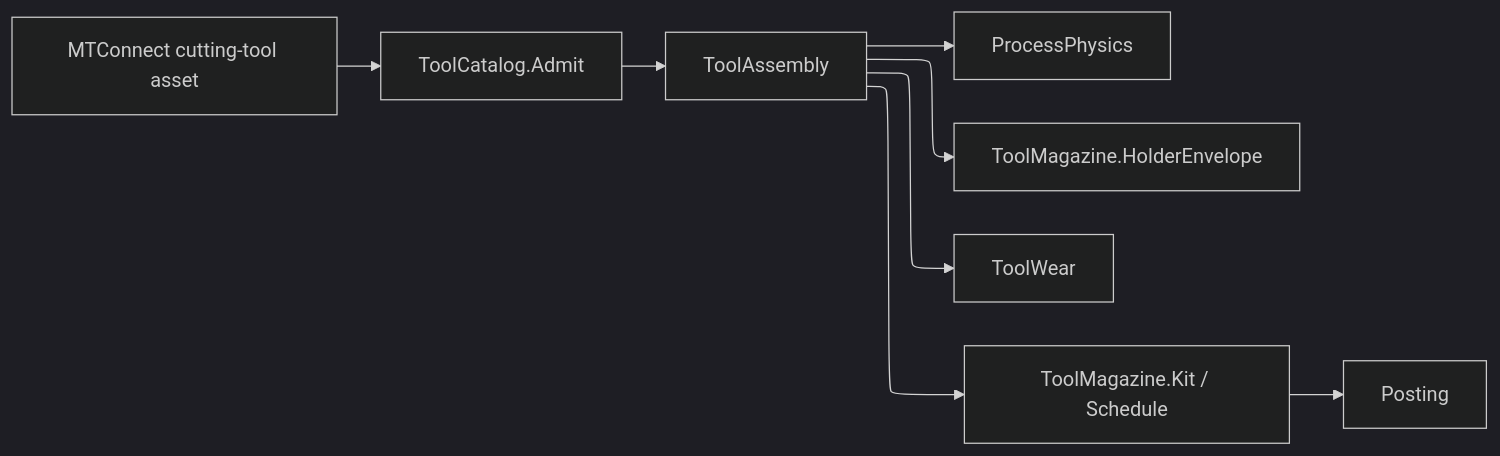
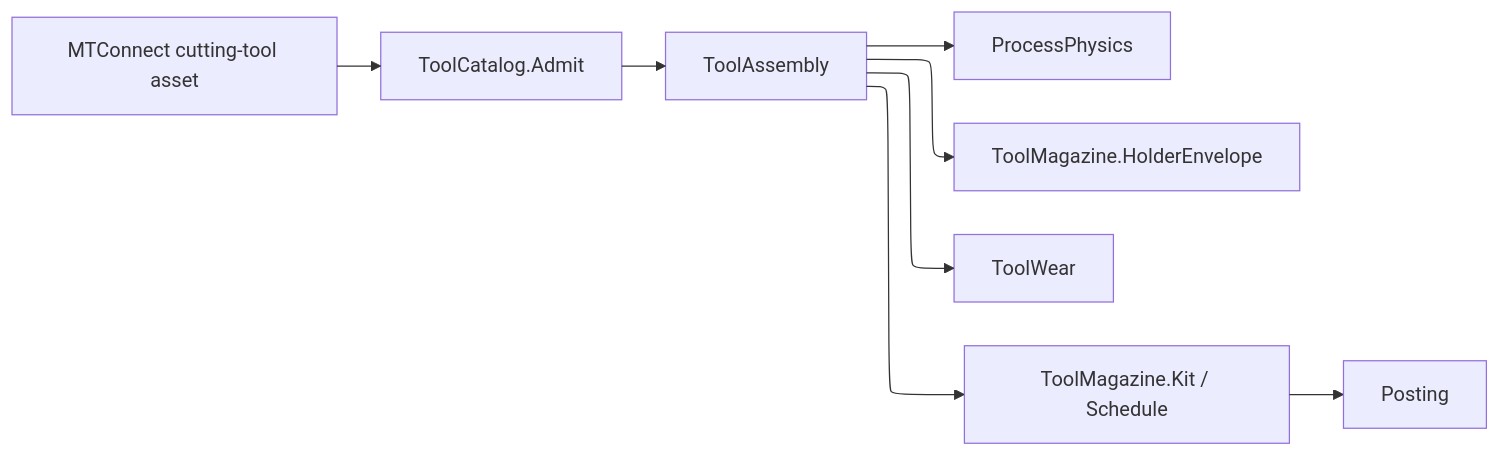
Before and after one commit to bsamiee/Rasm: the diagram in libs/csharp/Rasm.Fabrication/.planning/Tooling/magazine.md, drawn with Mermaid. The commit also changed 324 other files, not shown here.

````diff
--- a/libs/csharp/Rasm.Fabrication/.planning/Tooling/magazine.md
+++ b/libs/csharp/Rasm.Fabrication/.planning/Tooling/magazine.md
@@ -1033,17 +1033,16 @@
 ```mermaid
 ---
 config:
   layout: elk
-  theme: dark
 ---
 flowchart LR
     accTitle: Tool-magazine composition
     accDescr: MTConnect assets admit tool assemblies consumed by physics, guard, wear, kitting, and scheduling.
     Asset["MTConnect cutting-tool asset"] --> Admit["ToolCatalog.Admit"]
     Admit --> Assembly["ToolAssembly"]
     Assembly --> Physics["ProcessPhysics"]
     Assembly --> Guard["ToolMagazine.HolderEnvelope"]
     Assembly --> Wear["ToolWear"]
     Assembly --> Magazine["ToolMagazine.Kit / Schedule"]
     Magazine --> Posting["Posting"]
 ```
````
